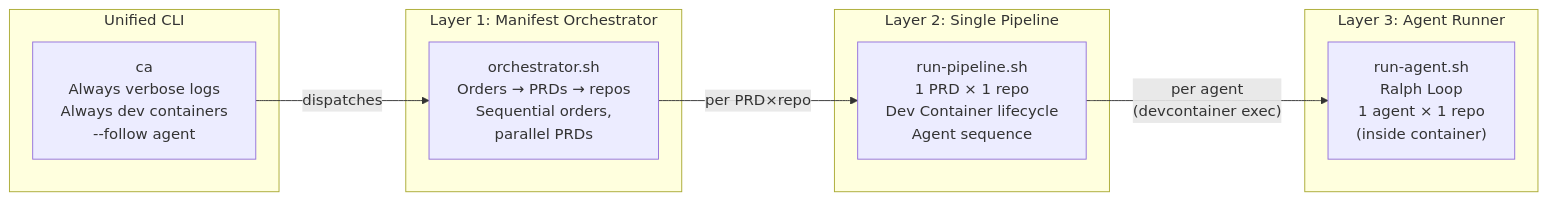
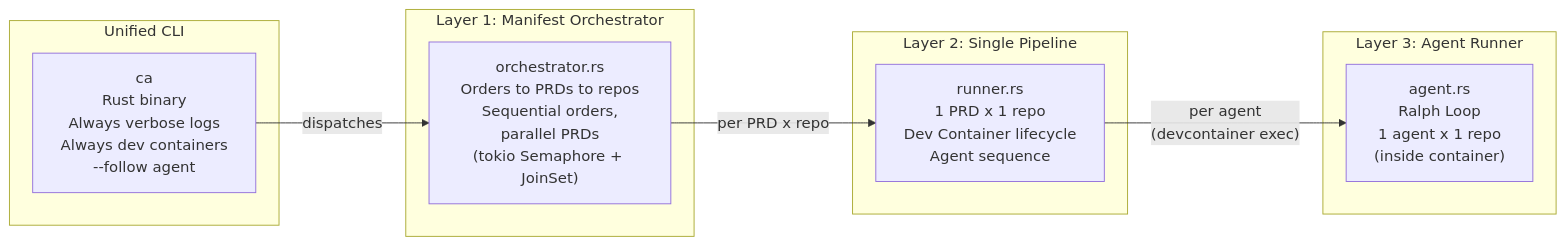
Before and after one commit to delehner/wisp: the third of 8 diagrams in docs/pipeline-overview.md, drawn with Mermaid. The commit also changed other lines of this file and 53 other files, not shown here.

````diff
--- a/docs/pipeline-overview.md
+++ b/docs/pipeline-overview.md
@@ -69,22 +71,22 @@
 ```mermaid
 flowchart LR
     subgraph Layer0["Unified CLI"]
-        CA["ca\nAlways verbose logs\nAlways dev containers\n--follow agent"]
+        CA["ca\nRust binary\nAlways verbose logs\nAlways dev containers\n--follow agent"]
     end
 
     subgraph Layer1["Layer 1: Manifest Orchestrator"]
-        Orch["orchestrator.sh\nOrders → PRDs → repos\nSequential orders,\nparallel PRDs"]
+        Orch["orchestrator.rs\nOrders to PRDs to repos\nSequential orders,\nparallel PRDs\n(tokio Semaphore + JoinSet)"]
     end
 
     subgraph Layer2["Layer 2: Single Pipeline"]
-        Run["run-pipeline.sh\n1 PRD × 1 repo\nDev Container lifecycle\nAgent sequence"]
+        Run["runner.rs\n1 PRD x 1 repo\nDev Container lifecycle\nAgent sequence"]
     end
 
     subgraph Layer3["Layer 3: Agent Runner"]
-        Agent["run-agent.sh\nRalph Loop\n1 agent × 1 repo\n(inside container)"]
+        Agent["agent.rs\nRalph Loop\n1 agent x 1 repo\n(inside container)"]
     end
 
     CA -->|dispatches| Orch
-    Orch -->|"per PRD×repo"| Run
+    Orch -->|"per PRD x repo"| Run
     Run -->|"per agent\n(devcontainer exec)"| Agent
 ```
````
